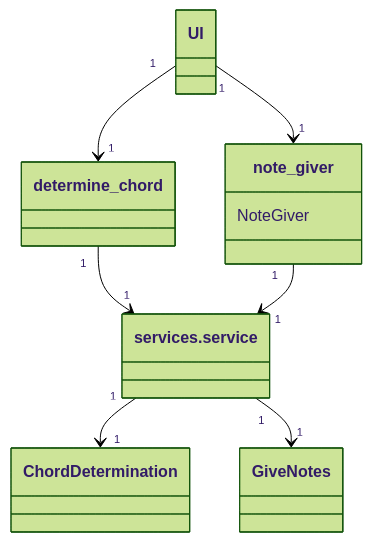
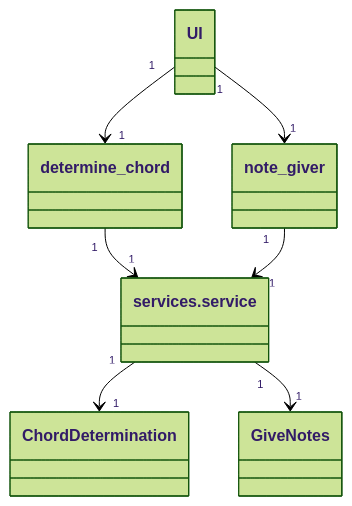
One commit to Aaltonenn/ot-harjoitustyo changed the diagram in dokumentaatio/arkkitehtuuri.md. Above: the diagram before and after it, drawn with Mermaid (forest theme).

````diff
--- a/dokumentaatio/arkkitehtuuri.md
+++ b/dokumentaatio/arkkitehtuuri.md
@@ -3,22 +3,21 @@
 ```mermaid
  classDiagram
       UI "1" --> "1" determine_chord
       UI "1" --> "1" note_giver
       determine_chord "1" --> "1" services.service
       note_giver "1" --> "1" services.service
       services.service "1" --> "1" ChordDetermination
       services.service "1" --> "1" GiveNotes
       
       class note_giver{
-      NoteGiver
       }
       class determine_chord{
       }
       class services.service{
       }
       class ChordDetermination{
       }
       class ChordDetermination{
       }
       
 ```
````
